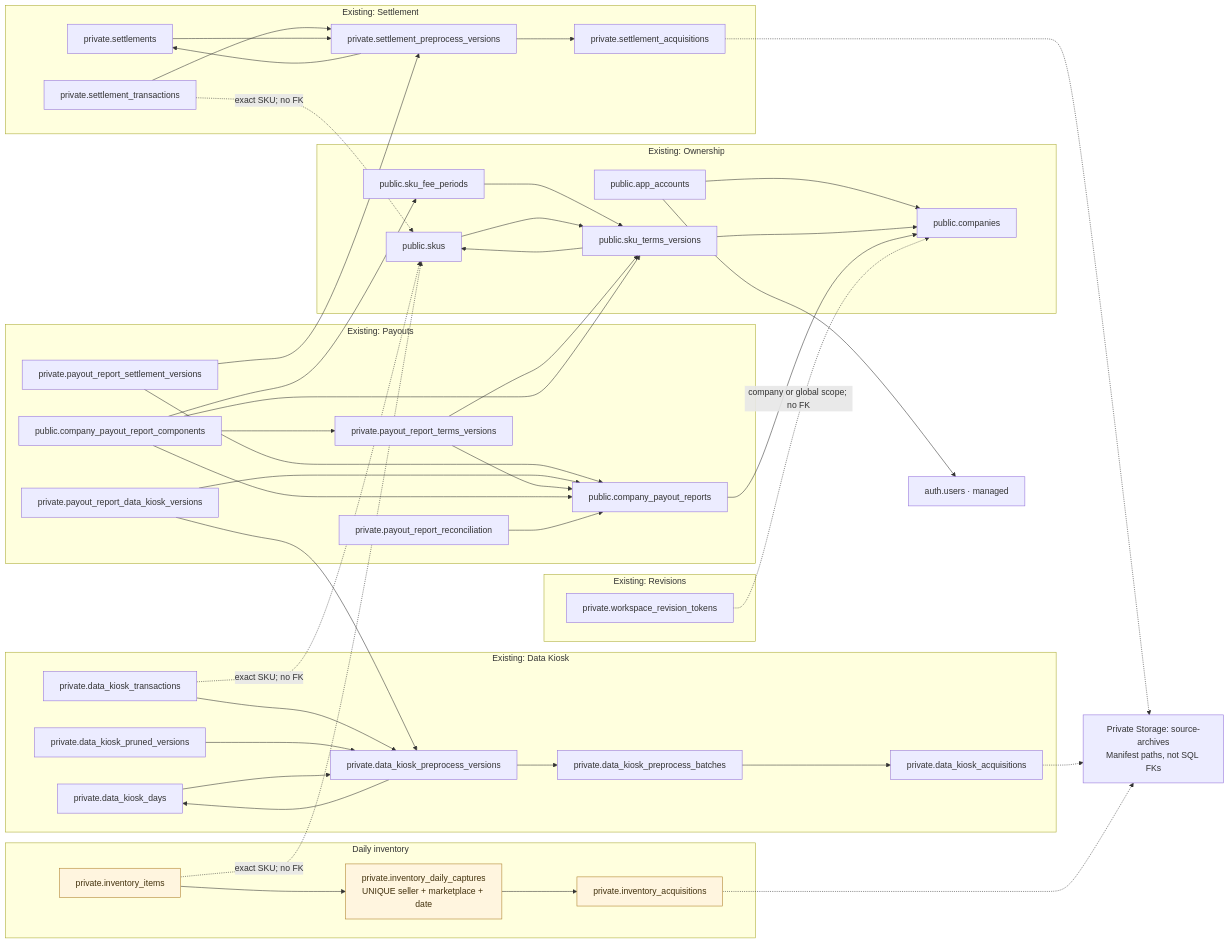
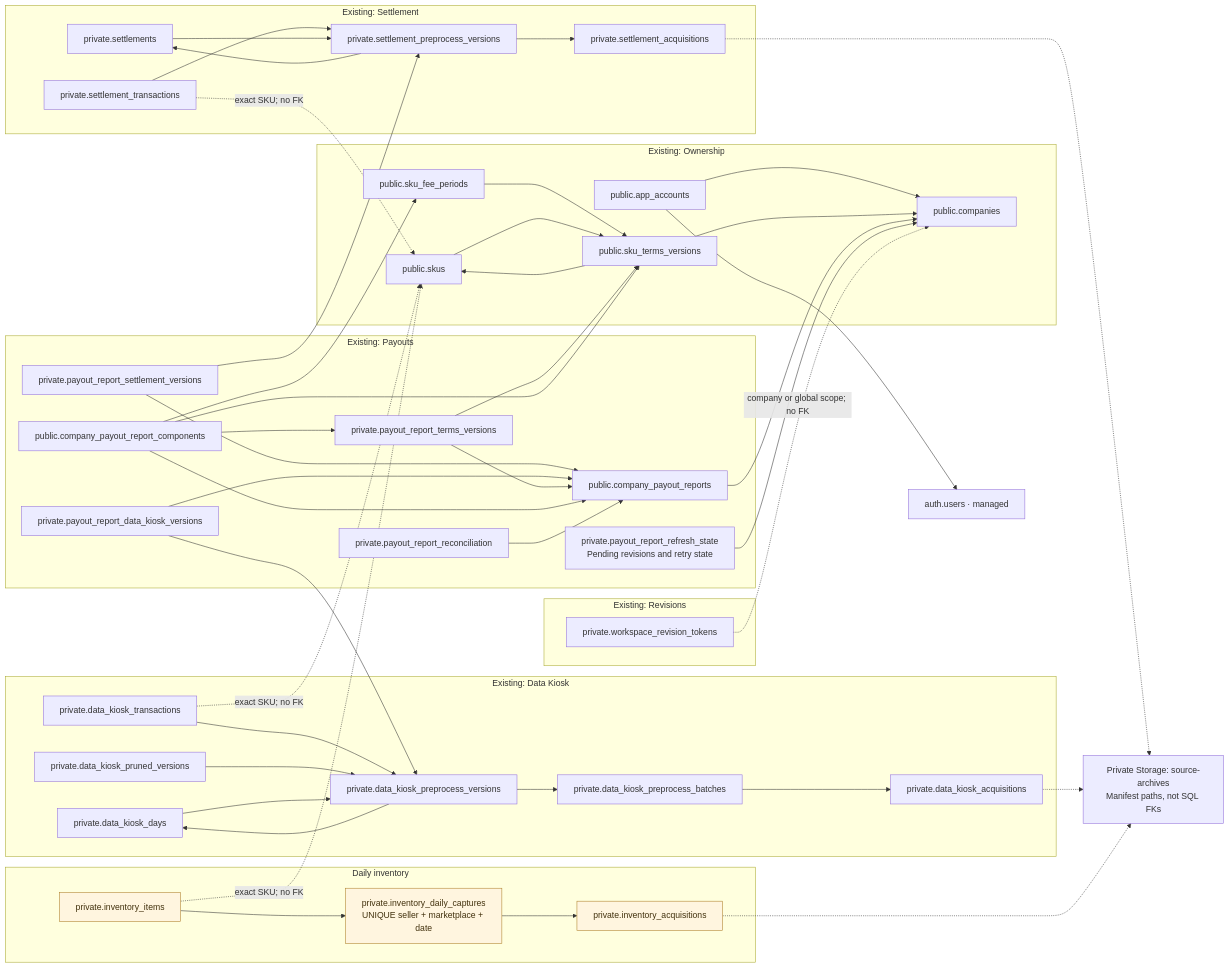
The diagram in docs/figures/database/01-overview.mmd (qwercxzsda/A-SelBox), drawn with Mermaid before and after one commit. The commit also changed 318 other files, not shown here.

```diff
--- a/docs/figures/database/01-overview.mmd
+++ b/docs/figures/database/01-overview.mmd
@@ -1,78 +1,80 @@
 flowchart LR
     AUTH["auth.users · managed"]
     STORAGE["Private Storage: source-archives<br/>Manifest paths, not SQL FKs"]
     subgraph OWN["Existing: Ownership"]
         public_companies["public.companies"]
         public_app_accounts["public.app_accounts"]
         public_skus["public.skus"]
         public_sku_terms_versions["public.sku_terms_versions"]
         public_sku_fee_periods["public.sku_fee_periods"]
     end
     subgraph SET["Existing: Settlement"]
         private_settlement_acquisitions["private.settlement_acquisitions"]
         private_settlements["private.settlements"]
         private_settlement_preprocess_versions["private.settlement_preprocess_versions"]
         private_settlement_transactions["private.settlement_transactions"]
     end
     subgraph DK["Existing: Data Kiosk"]
         private_data_kiosk_acquisitions["private.data_kiosk_acquisitions"]
         private_data_kiosk_preprocess_batches["private.data_kiosk_preprocess_batches"]
         private_data_kiosk_days["private.data_kiosk_days"]
         private_data_kiosk_preprocess_versions["private.data_kiosk_preprocess_versions"]
         private_data_kiosk_transactions["private.data_kiosk_transactions"]
         private_data_kiosk_pruned_versions["private.data_kiosk_pruned_versions"]
     end
     subgraph PAY["Existing: Payouts"]
         public_company_payout_reports["public.company_payout_reports"]
+        private_payout_report_refresh_state["private.payout_report_refresh_state<br/>Pending revisions and retry state"]
         public_company_payout_report_components["public.company_payout_report_components"]
         private_payout_report_reconciliation["private.payout_report_reconciliation"]
         private_payout_report_settlement_versions["private.payout_report_settlement_versions"]
         private_payout_report_data_kiosk_versions["private.payout_report_data_kiosk_versions"]
         private_payout_report_terms_versions["private.payout_report_terms_versions"]
     end
     subgraph REV["Existing: Revisions"]
         private_workspace_revision_tokens["private.workspace_revision_tokens"]
     end
     public_app_accounts --> AUTH
     public_app_accounts --> public_companies
     public_sku_terms_versions --> public_skus
     public_sku_terms_versions --> public_companies
     public_sku_fee_periods --> public_sku_terms_versions
     private_settlement_preprocess_versions --> private_settlements
     private_settlement_preprocess_versions --> private_settlement_acquisitions
     private_settlement_transactions --> private_settlement_preprocess_versions
     private_data_kiosk_preprocess_batches --> private_data_kiosk_acquisitions
     private_data_kiosk_preprocess_versions --> private_data_kiosk_days
     private_data_kiosk_preprocess_versions --> private_data_kiosk_preprocess_batches
     private_data_kiosk_transactions --> private_data_kiosk_preprocess_versions
     private_data_kiosk_pruned_versions --> private_data_kiosk_preprocess_versions
     public_company_payout_reports --> public_companies
+    private_payout_report_refresh_state --> public_companies
     private_payout_report_settlement_versions --> public_company_payout_reports
     private_payout_report_settlement_versions --> private_settlement_preprocess_versions
     private_payout_report_data_kiosk_versions --> public_company_payout_reports
     private_payout_report_data_kiosk_versions --> private_data_kiosk_preprocess_versions
     private_payout_report_terms_versions --> public_company_payout_reports
     private_payout_report_terms_versions --> public_sku_terms_versions
     public_company_payout_report_components --> public_company_payout_reports
     public_company_payout_report_components --> private_payout_report_terms_versions
     public_company_payout_report_components --> public_sku_terms_versions
     public_company_payout_report_components --> public_sku_fee_periods
     private_payout_report_reconciliation --> public_company_payout_reports
     public_skus --> public_sku_terms_versions
     private_settlements --> private_settlement_preprocess_versions
     private_data_kiosk_days --> private_data_kiosk_preprocess_versions
     private_settlement_acquisitions -.-> STORAGE
     private_data_kiosk_acquisitions -.-> STORAGE
     private_settlement_transactions -.->|"exact SKU; no FK"| public_skus
     private_data_kiosk_transactions -.->|"exact SKU; no FK"| public_skus
     private_workspace_revision_tokens -.->|"company or global scope; no FK"| public_companies
     subgraph INV["Daily inventory"]
         inventory_acquisitions["private.inventory_acquisitions"]:::inventory
         inventory_daily_captures["private.inventory_daily_captures<br/>UNIQUE seller + marketplace + date"]:::inventory
         inventory_items["private.inventory_items"]:::inventory
     end
     inventory_daily_captures --> inventory_acquisitions
     inventory_items --> inventory_daily_captures
     inventory_acquisitions -.-> STORAGE
     inventory_items -.->|"exact SKU; no FK"| public_skus
     classDef inventory fill:#fff5df,stroke:#ad7e27,color:#43320e
```
